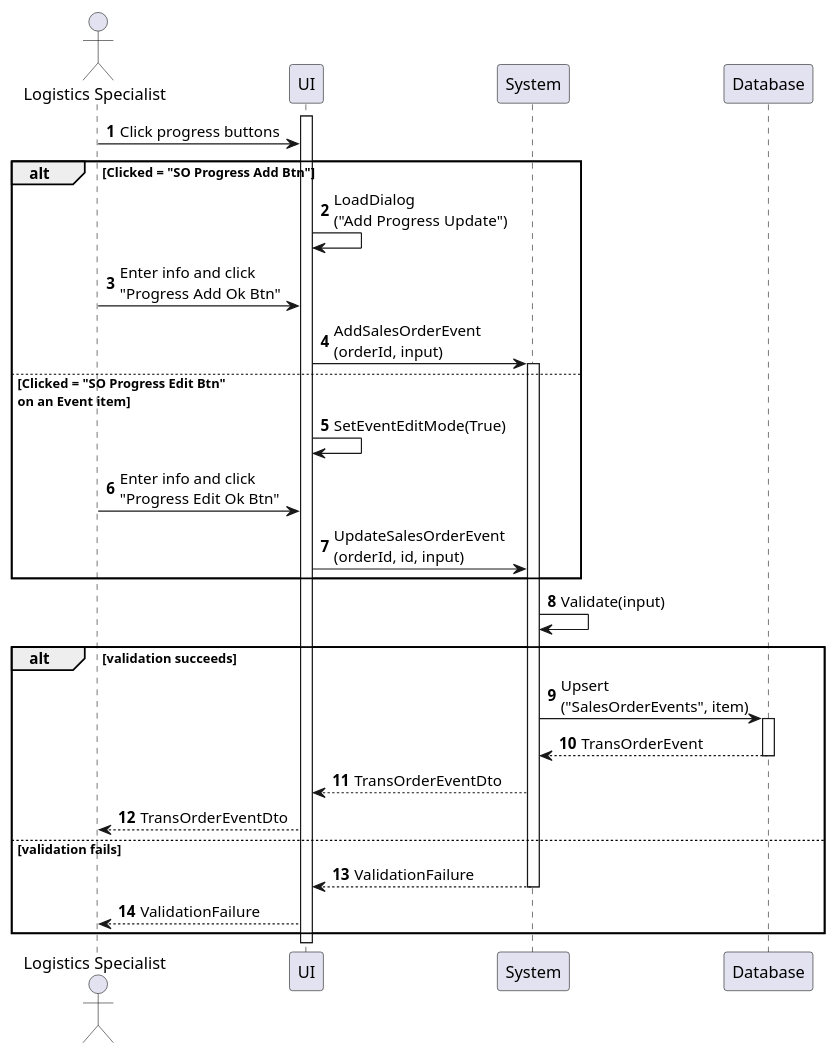
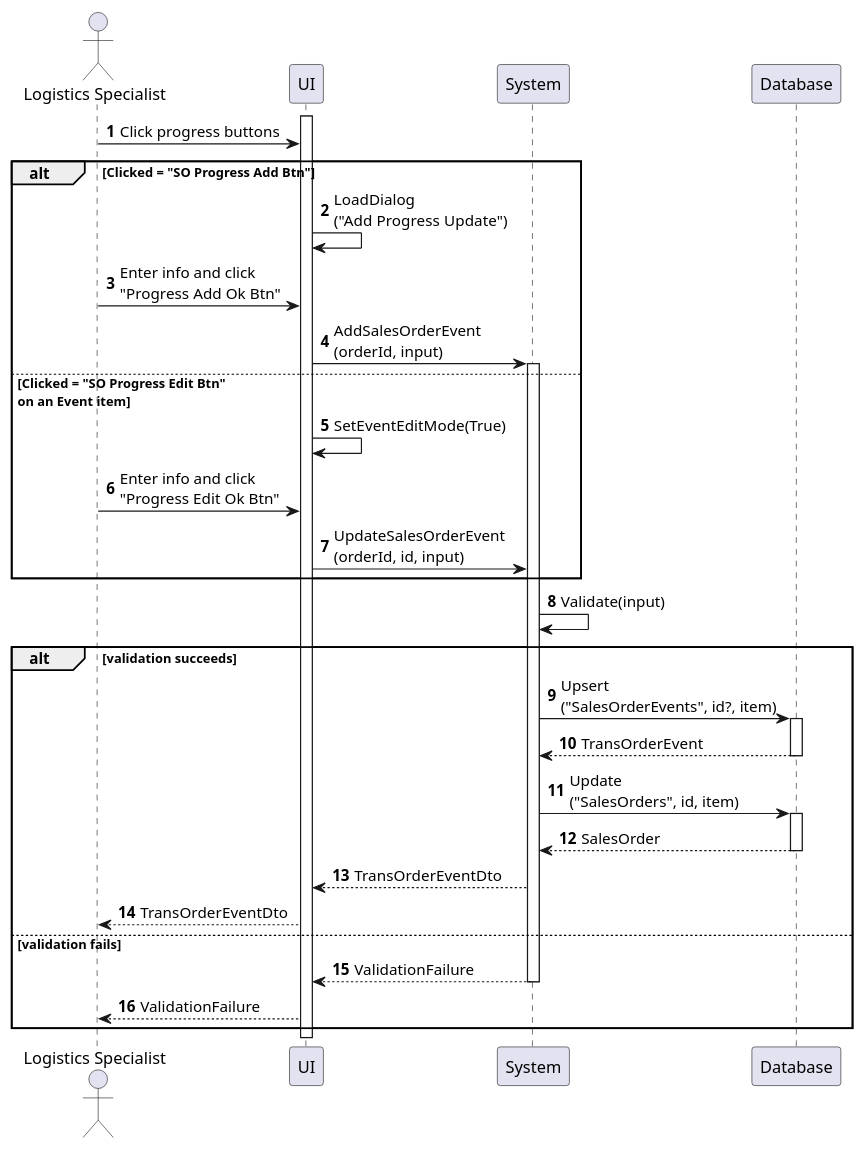
The diagram in sequences/sales-order-update-progress.plantuml (phihungha/scmss-reqs), drawn with PlantUML before and after one commit. The commit also changed 5 other files, not shown here.

```diff
--- a/sequences/sales-order-update-progress.plantuml
+++ b/sequences/sales-order-update-progress.plantuml
@@ -1,36 +1,39 @@
 @startuml sales-order-update-progress
 autonumber
 
 actor "Logistics Specialist" as a
 participant UI as f
 participant System as b
 participant Database as d
 
 activate f
 a -> f : Click progress buttons
 
 alt Clicked = "SO Progress Add Btn"
     f -> f : LoadDialog\n("Add Progress Update")
     a -> f : Enter info and click\n"Progress Add Ok Btn"
     f -> b : AddSalesOrderEvent\n(orderId, input)
     activate b
 else Clicked = "SO Progress Edit Btn"\non an Event item
     f -> f : SetEventEditMode(True)
     a -> f : Enter info and click\n"Progress Edit Ok Btn"
     f -> b : UpdateSalesOrderEvent\n(orderId, id, input)
 end
 
 activate b
 b -> b : Validate(input)
 
 alt validation succeeds
-    b -> d : Upsert\n("SalesOrderEvents", item)
+    b -> d : Upsert\n("SalesOrderEvents", id?, item)
     activate d
     return TransOrderEvent
+    b -> d : Update\n("SalesOrders", id, item)
+    activate d
+    return SalesOrder
     b --> f : TransOrderEventDto
     f --> a : TransOrderEventDto
 else validation fails
     return ValidationFailure
     f --> a : ValidationFailure
 end
 @enduml
```
